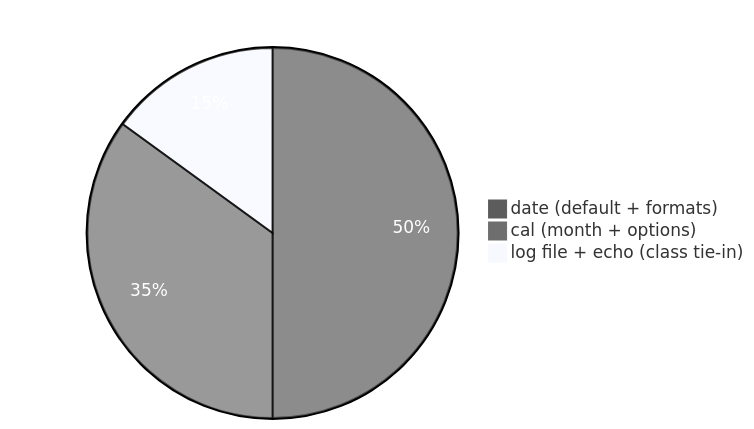
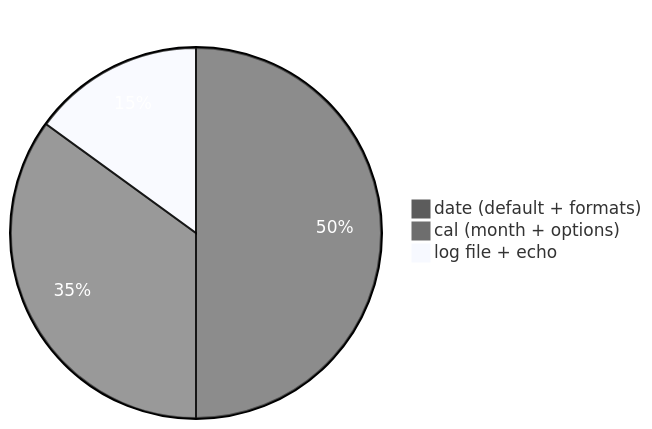
One commit to chaitussm/Linux-Basics changed the first of 2 diagrams in scripts-execution-summary/DateandCal Execution summary.md. Above: the diagram before and after it, drawn with Mermaid. The commit also changed other lines of this file and 10 other files, not shown here.

````diff
--- a/scripts-execution-summary/DateandCal Execution summary.md
+++ b/scripts-execution-summary/DateandCal Execution summary.md
@@ -6,7 +6,7 @@
 ```mermaid
 %%{init: {'theme': 'base', 'themeVariables': {'pie1': '#5c5c5c', 'pie2': '#6e6e6e', 'pieTitleTextColor': '#ffffff', 'pieSectionTextColor': '#ffffff'}}}%%
-pie title Commands in Date and Cal commands.sh
+pie title Session 8 commands
     "date (default + formats)" : 50
     "cal (month + options)" : 35
-    "log file + echo (class tie-in)" : 15
+    "log file + echo" : 15
 ```
````
